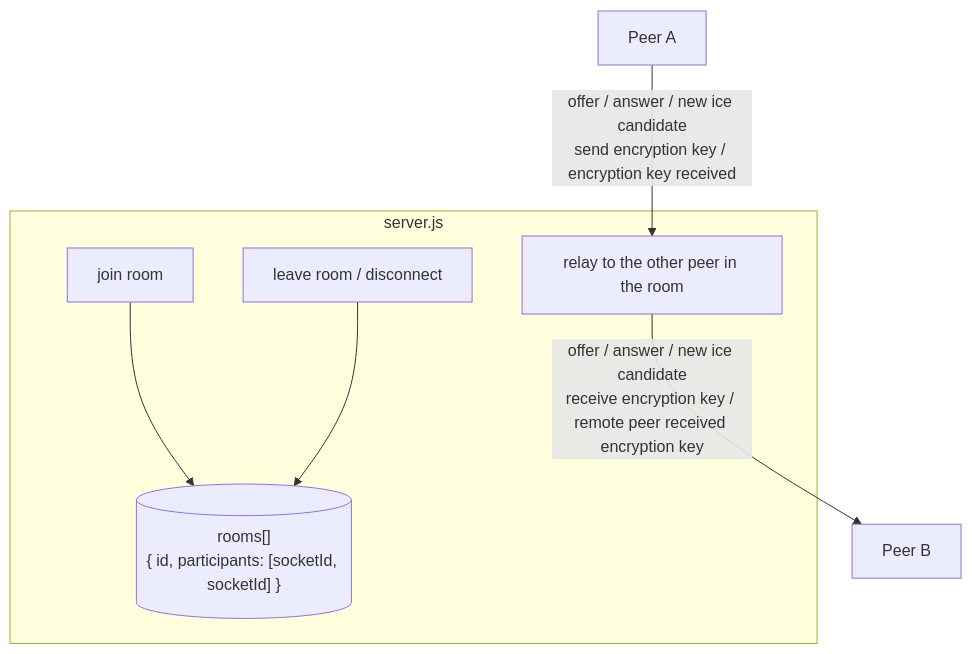
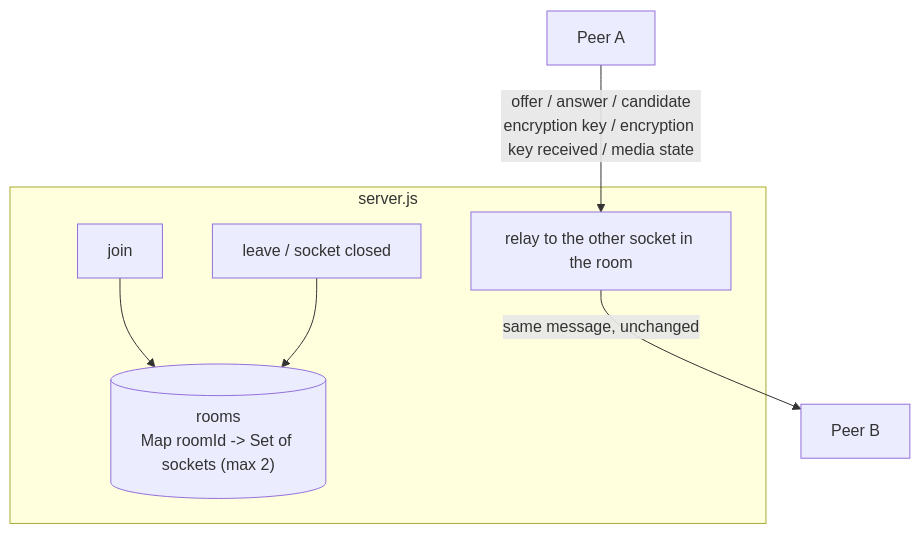
One commit to maitrungduc1410/WebRTC-Demo changed the second of 24 diagrams in ARCHITECTURE.md. Above: the diagram before and after it, drawn with Mermaid. The commit also changed other lines of this file and 111 other files, not shown here.

````diff
--- a/ARCHITECTURE.md
+++ b/ARCHITECTURE.md
@@ -127,12 +149,12 @@
 ```mermaid
 flowchart TB
     subgraph server.js
-        R[("rooms[]<br/>{ id, participants: [socketId, socketId] }")]
-        J["join room"] --> R
-        L["leave room / disconnect"] --> R
-        RELAY["relay to the other peer in the room"]
+        R[("rooms<br/>Map roomId -> Set of sockets (max 2)")]
+        J["join"] --> R
+        L["leave / socket closed"] --> R
+        RELAY["relay to the other socket in the room"]
     end
 
-    C1["Peer A"] -- "offer / answer / new ice candidate<br/>send encryption key / encryption key received" --> RELAY
-    RELAY -- "offer / answer / new ice candidate<br/>receive encryption key / remote peer received encryption key" --> C2["Peer B"]
+    C1["Peer A"] -- "offer / answer / candidate<br/>encryption key / encryption key received / media state" --> RELAY
+    RELAY -- "same message, unchanged" --> C2["Peer B"]
 ```
````
